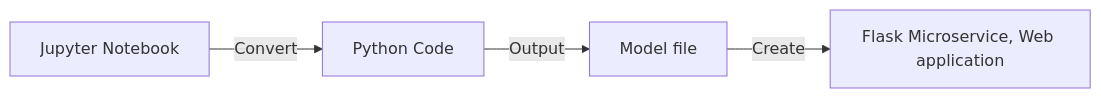
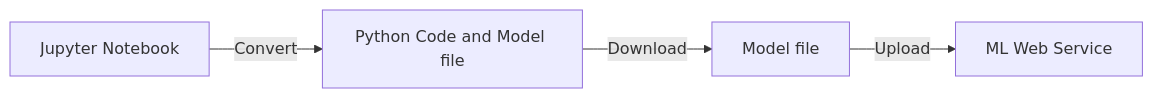
Before and after one commit to nicholas-yjtang/interview: the first of 2 diagrams in mlops/README.md, drawn with Mermaid. The commit also changed other lines of this file, not shown here.

````diff
--- a/mlops/README.md
+++ b/mlops/README.md
@@ -7,6 +7,6 @@
 ```mermaid
 flowchart LR
-    A[Jupyter Notebook] -->|Convert| B[Python Code]
-    B --> |Output| C[Model file]
-    C --> |Create| D[Flask Microservice, Web application]
+    A[Jupyter Notebook] -->|Convert| B[Python Code and Model file]
+    B --> |Download| C[Model file]
+    C --> |Upload| D[ML Web Service]
 ```
````
